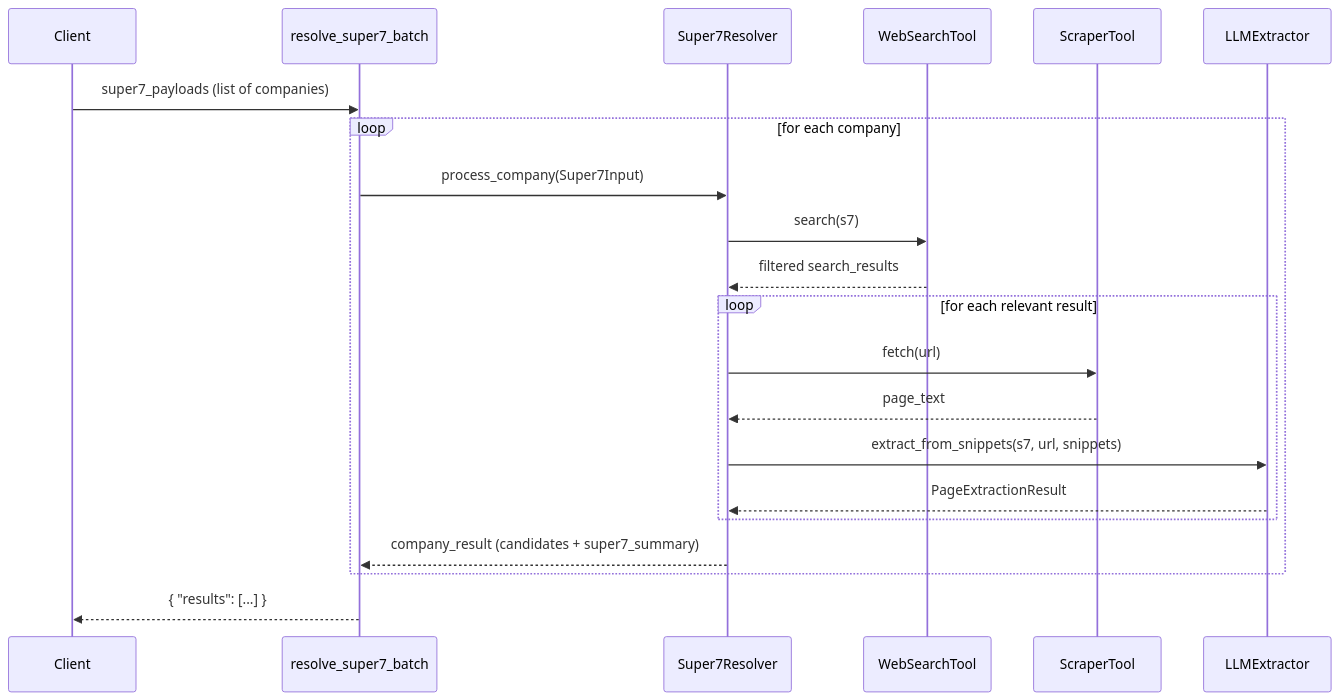
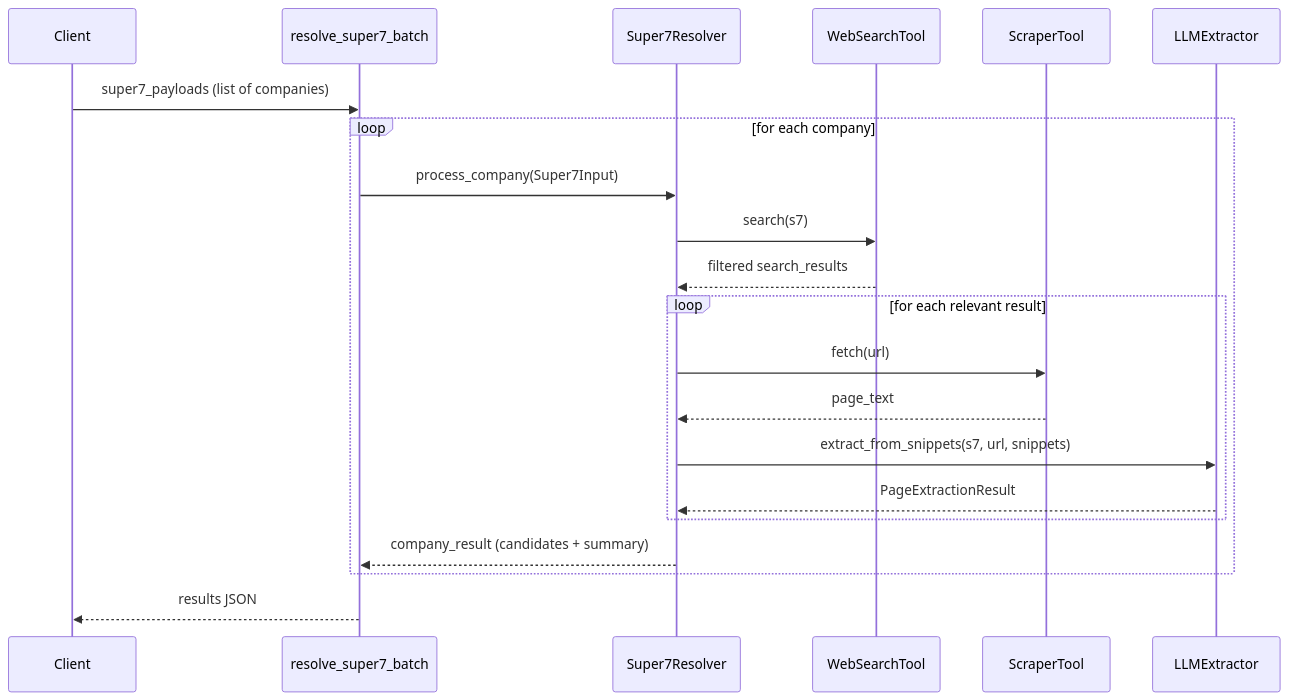
The third of 6 diagrams in new_method_super7/README.md (anuraaggampa/urlgenerator), drawn with Mermaid before and after one commit. The commit also changed other lines of this file, not shown here.

````diff
--- a/new_method_super7/README.md
+++ b/new_method_super7/README.md
@@ -126,26 +128,26 @@
 ```mermaid
 sequenceDiagram
     participant Client
     participant BatchAPI as resolve_super7_batch
     participant Resolver as Super7Resolver
     participant Search as WebSearchTool
     participant Scraper as ScraperTool
     participant LLM as LLMExtractor
 
     Client->>BatchAPI: super7_payloads (list of companies)
     loop for each company
         BatchAPI->>Resolver: process_company(Super7Input)
         Resolver->>Search: search(s7)
         Search-->>Resolver: filtered search_results
 
         loop for each relevant result
             Resolver->>Scraper: fetch(url)
             Scraper-->>Resolver: page_text
             Resolver->>LLM: extract_from_snippets(s7, url, snippets)
             LLM-->>Resolver: PageExtractionResult
         end
 
-        Resolver-->>BatchAPI: company_result (candidates + super7_summary)
+        Resolver-->>BatchAPI: company_result (candidates + summary)
     end
-    BatchAPI-->>Client: { "results": [...] }
+    BatchAPI-->>Client: results JSON
 ```
````
